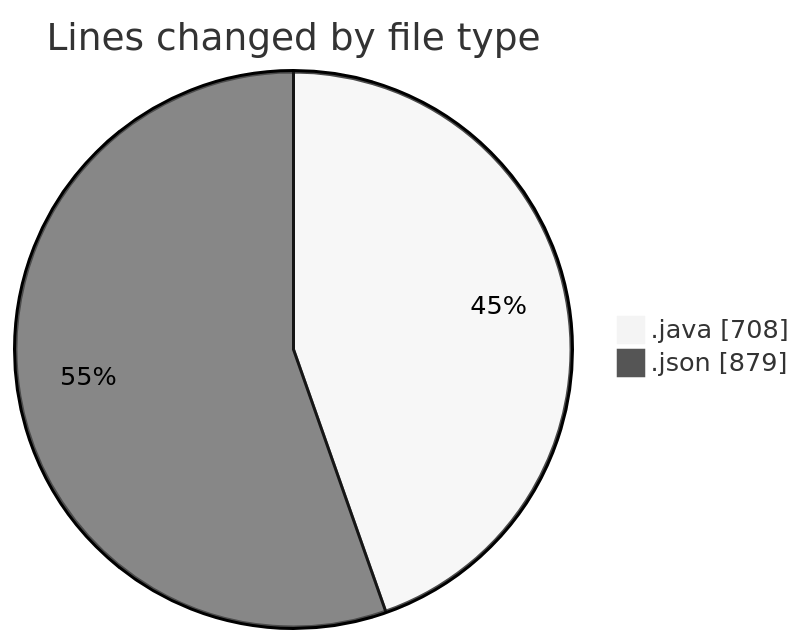
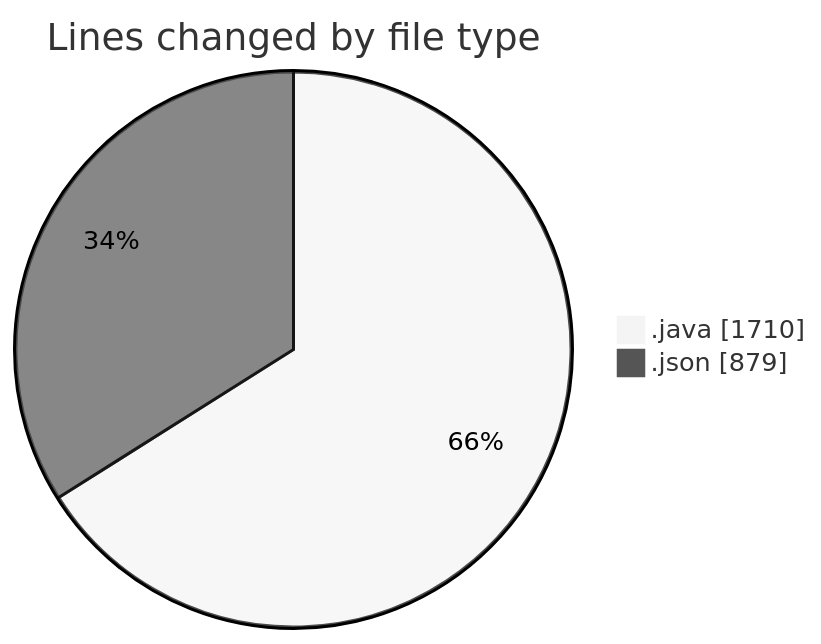
One commit to ricardozamudiocil/code-tracking changed the first of 2 diagrams in 2026-03-17/cilapp/README.md. Above: the diagram before and after it, drawn with Mermaid (neutral theme). The commit also changed other lines of this file and 1 other file, not shown here.

````diff
--- a/2026-03-17/cilapp/README.md
+++ b/2026-03-17/cilapp/README.md
@@ -22,6 +23,6 @@
 ```mermaid
 pie showData
 title Lines changed by file type
-".java" : 708
+".java" : 1710
 ".json" : 879
 ```
````
